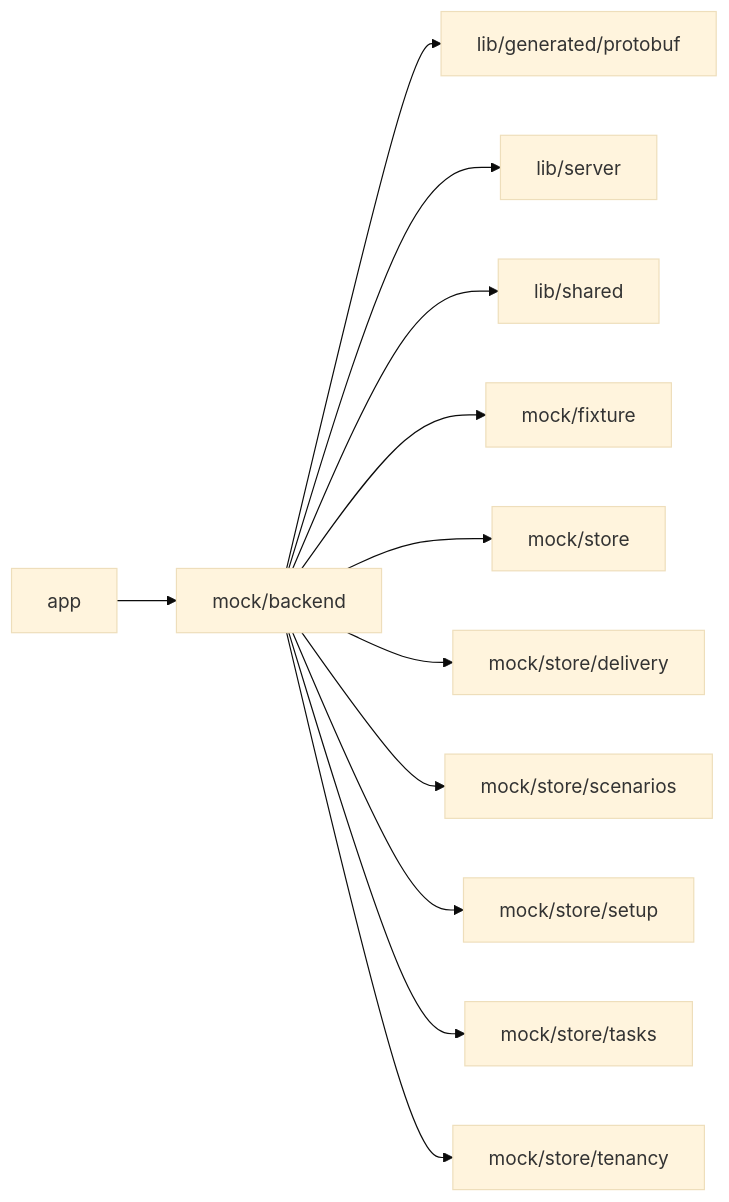
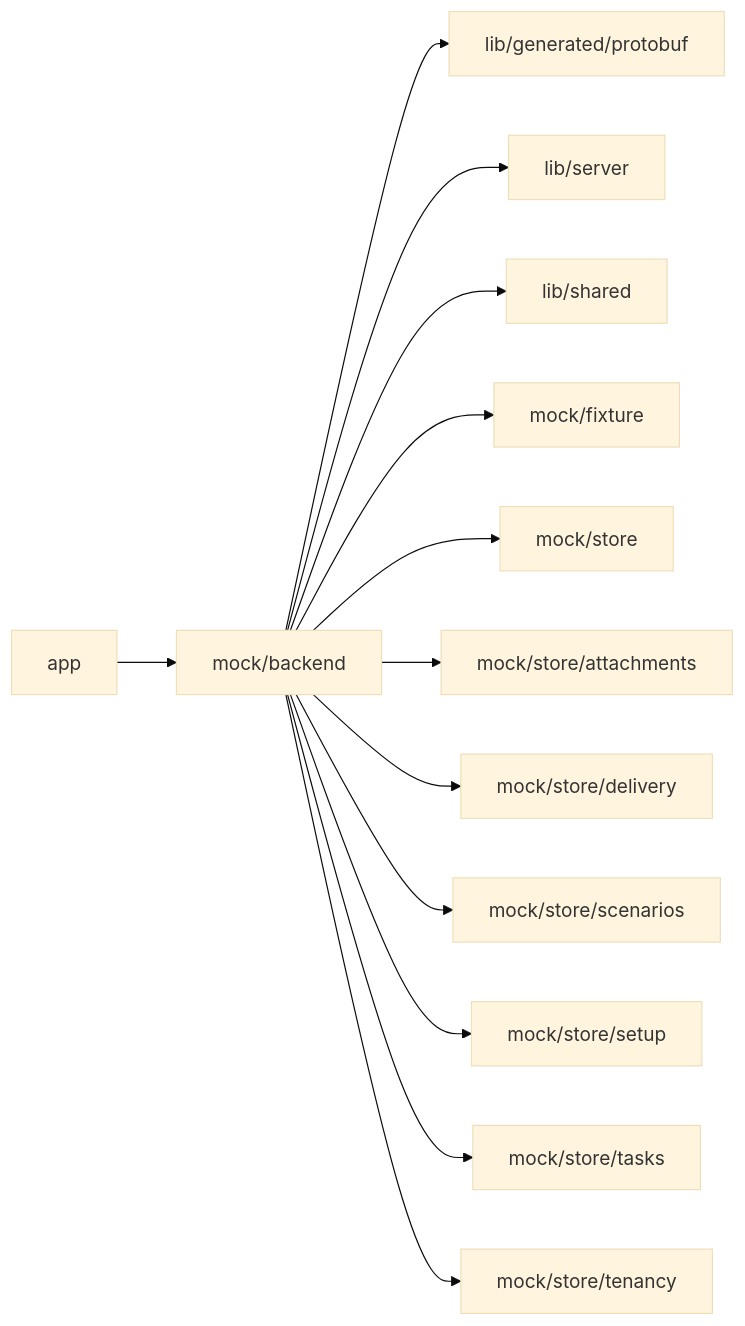
Before and after one commit to superdurable/superverse: the diagram in web/studio/mock/backend/README.md, drawn with Mermaid (base theme). The commit also changed other lines of this file and 259 other files, not shown here.

````diff
--- a/web/studio/mock/backend/README.md
+++ b/web/studio/mock/backend/README.md
@@ -10,15 +10,16 @@
 ```mermaid
 flowchart LR
   self["mock/backend"]
   c0["app"] --> self
   self --> d0["lib/generated/protobuf"]
   self --> d1["lib/server"]
   self --> d2["lib/shared"]
   self --> d3["mock/fixture"]
   self --> d4["mock/store"]
-  self --> d5["mock/store/delivery"]
-  self --> d6["mock/store/scenarios"]
-  self --> d7["mock/store/setup"]
-  self --> d8["mock/store/tasks"]
-  self --> d9["mock/store/tenancy"]
+  self --> d5["mock/store/attachments"]
+  self --> d6["mock/store/delivery"]
+  self --> d7["mock/store/scenarios"]
+  self --> d8["mock/store/setup"]
+  self --> d9["mock/store/tasks"]
+  self --> d10["mock/store/tenancy"]
 ```
````
